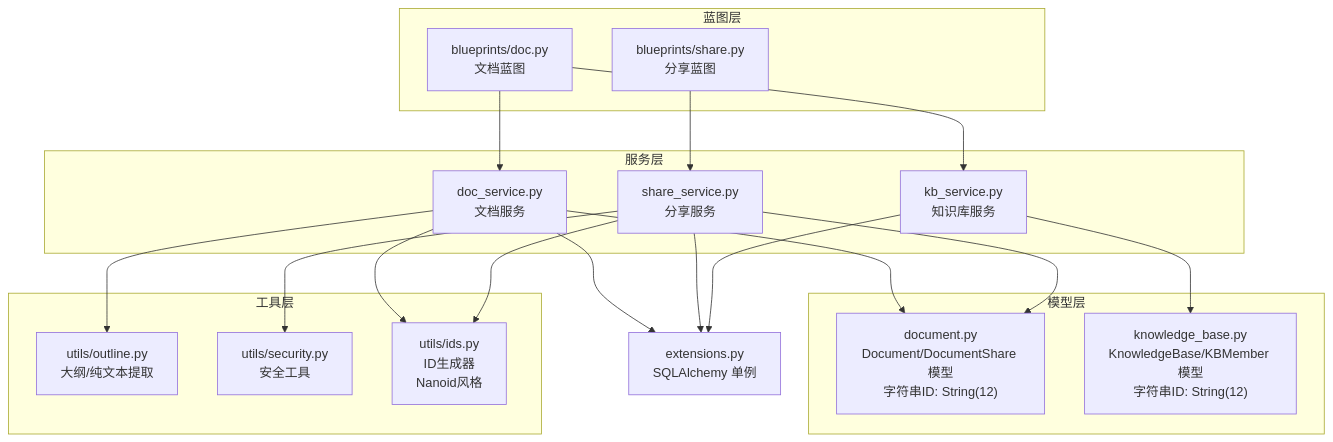
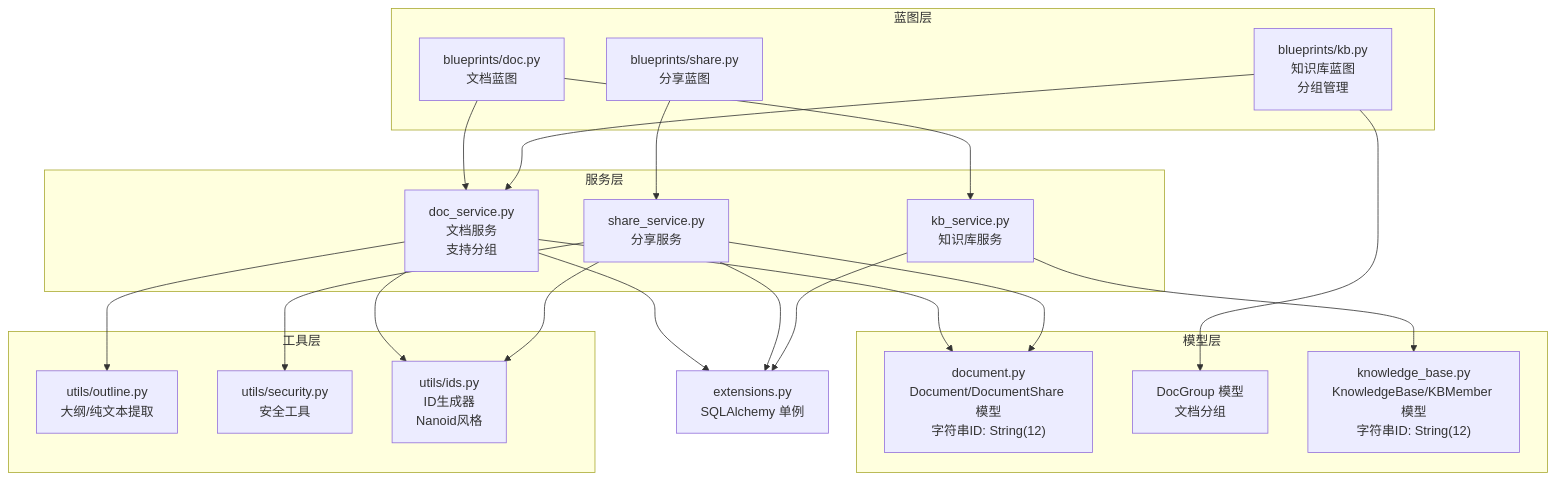
One commit to beyondalbert/my_wiki changed the first of 11 diagrams in .qoder/repowiki/zh/content/核心模块/文档管理系统/文档服务层.md. Above: the diagram before and after it, drawn with Mermaid. The commit also changed other lines of this file and 5 other files, not shown here.

````diff
--- a/.qoder/repowiki/zh/content/核心模块/文档管理系统/文档服务层.md
+++ b/.qoder/repowiki/zh/content/核心模块/文档管理系统/文档服务层.md
@@ -45,35 +49,39 @@
 ```mermaid
 graph TB
 subgraph "服务层"
-DS["doc_service.py<br/>文档服务"]
+DS["doc_service.py<br/>文档服务<br/>支持分组"]
 SS["share_service.py<br/>分享服务"]
 KBS["kb_service.py<br/>知识库服务"]
 end
 subgraph "模型层"
 DM["document.py<br/>Document/DocumentShare 模型<br/>字符串ID: String(12)"]
+DG["DocGroup 模型<br/>文档分组"]
 KBM["knowledge_base.py<br/>KnowledgeBase/KBMember 模型<br/>字符串ID: String(12)"]
 end
 subgraph "蓝图层"
 BPDoc["blueprints/doc.py<br/>文档蓝图"]
 BPShare["blueprints/share.py<br/>分享蓝图"]
+BPKB["blueprints/kb.py<br/>知识库蓝图<br/>分组管理"]
 end
 subgraph "工具层"
 OUT["utils/outline.py<br/>大纲/纯文本提取"]
 SEC["utils/security.py<br/>安全工具"]
 IDS["utils/ids.py<br/>ID生成器<br/>Nanoid风格"]
 end
 EXT["extensions.py<br/>SQLAlchemy 单例"]
 BPDoc --> DS
 BPDoc --> KBS
 BPShare --> SS
+BPKB --> DS
+BPKB --> DG
 DS --> DM
 SS --> DM
 KBS --> KBM
 DS --> OUT
 SS --> SEC
 DS --> IDS
 SS --> IDS
 DS --> EXT
 SS --> EXT
 KBS --> EXT
 ```
````
